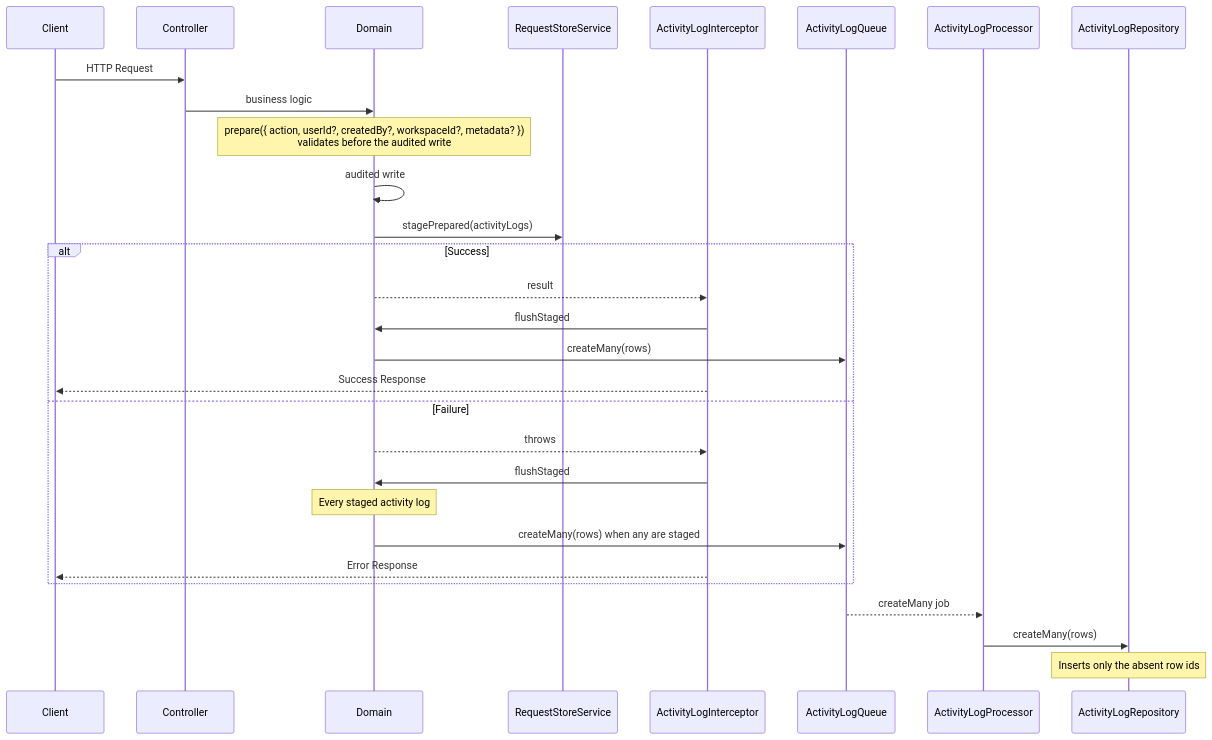
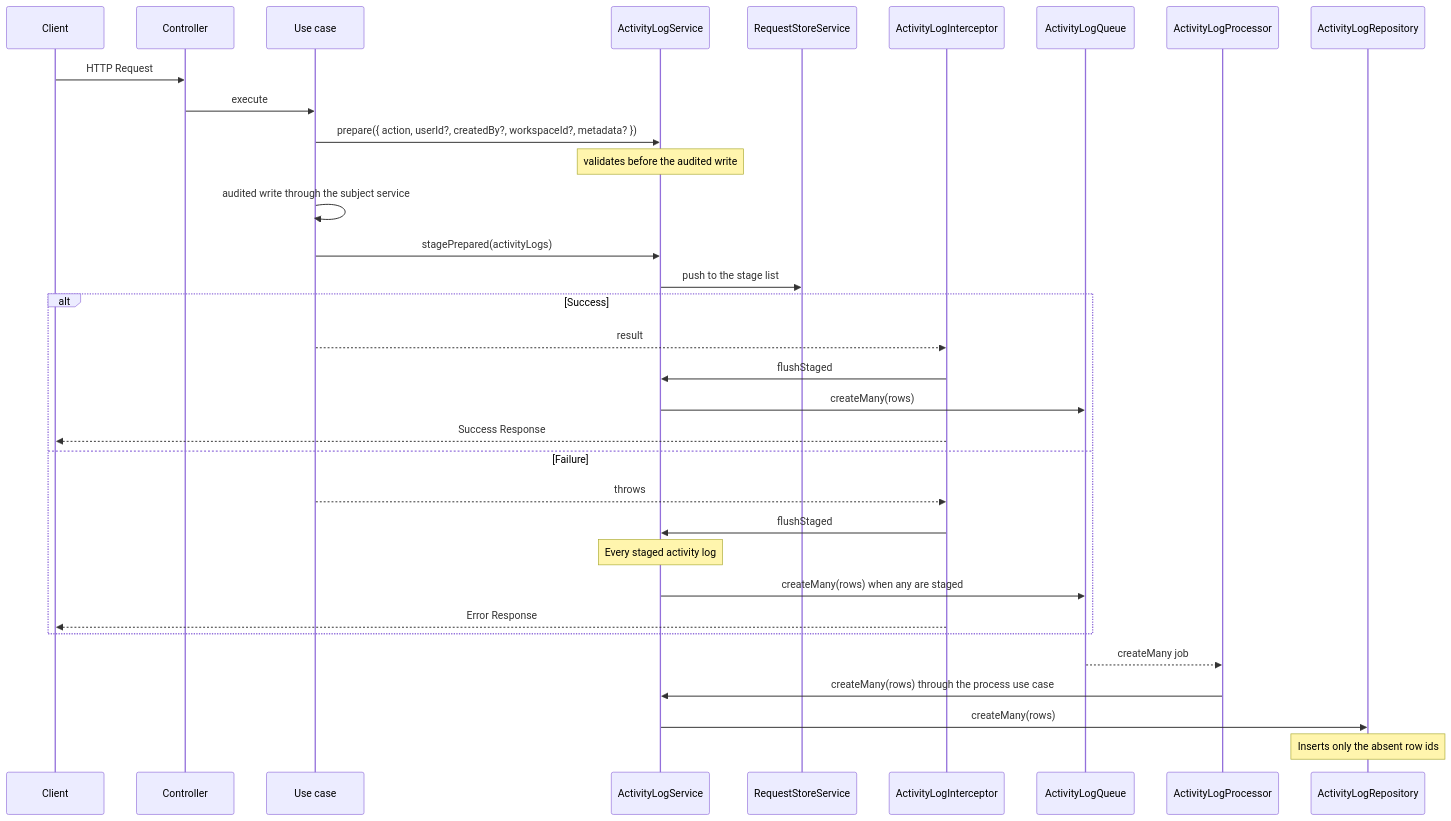
One commit to andrechristikan/ack-nestjs-boilerplate changed the first of 2 diagrams in docs/activity-log.md. Above: the diagram before and after it, drawn with Mermaid. The commit also changed other lines of this file and 4 other files, not shown here.

````diff
--- a/docs/activity-log.md
+++ b/docs/activity-log.md
@@ -133,32 +133,36 @@
 ```mermaid
 sequenceDiagram
     participant Client
     participant Controller
-    participant Domain
+    participant UseCase as Use case
+    participant Log as ActivityLogService
     participant Storage as RequestStoreService
     participant Interceptor as ActivityLogInterceptor
     participant Queue as ActivityLogQueue
     participant Processor as ActivityLogProcessor
     participant Repo as ActivityLogRepository
 
     Client->>Controller: HTTP Request
-    Controller->>Domain: business logic
-    Note over Domain: prepare({ action, userId?, createdBy?, workspaceId?, metadata? })<br/>validates before the audited write
-    Domain->>Domain: audited write
-    Domain->>Storage: stagePrepared(activityLogs)
+    Controller->>UseCase: execute
+    UseCase->>Log: prepare({ action, userId?, createdBy?, workspaceId?, metadata? })
+    Note over Log: validates before the audited write
+    UseCase->>UseCase: audited write through the subject service
+    UseCase->>Log: stagePrepared(activityLogs)
+    Log->>Storage: push to the stage list
     alt Success
-        Domain-->>Interceptor: result
-        Interceptor->>Domain: flushStaged
-        Domain->>Queue: createMany(rows)
+        UseCase-->>Interceptor: result
+        Interceptor->>Log: flushStaged
+        Log->>Queue: createMany(rows)
         Interceptor-->>Client: Success Response
     else Failure
-        Domain-->>Interceptor: throws
-        Interceptor->>Domain: flushStaged
-        Note over Domain: Every staged activity log
-        Domain->>Queue: createMany(rows) when any are staged
+        UseCase-->>Interceptor: throws
+        Interceptor->>Log: flushStaged
+        Note over Log: Every staged activity log
+        Log->>Queue: createMany(rows) when any are staged
         Interceptor-->>Client: Error Response
     end
     Queue-->>Processor: createMany job
-    Processor->>Repo: createMany(rows)
+    Processor->>Log: createMany(rows) through the process use case
+    Log->>Repo: createMany(rows)
     Note over Repo: Inserts only the absent row ids
 ```
````
